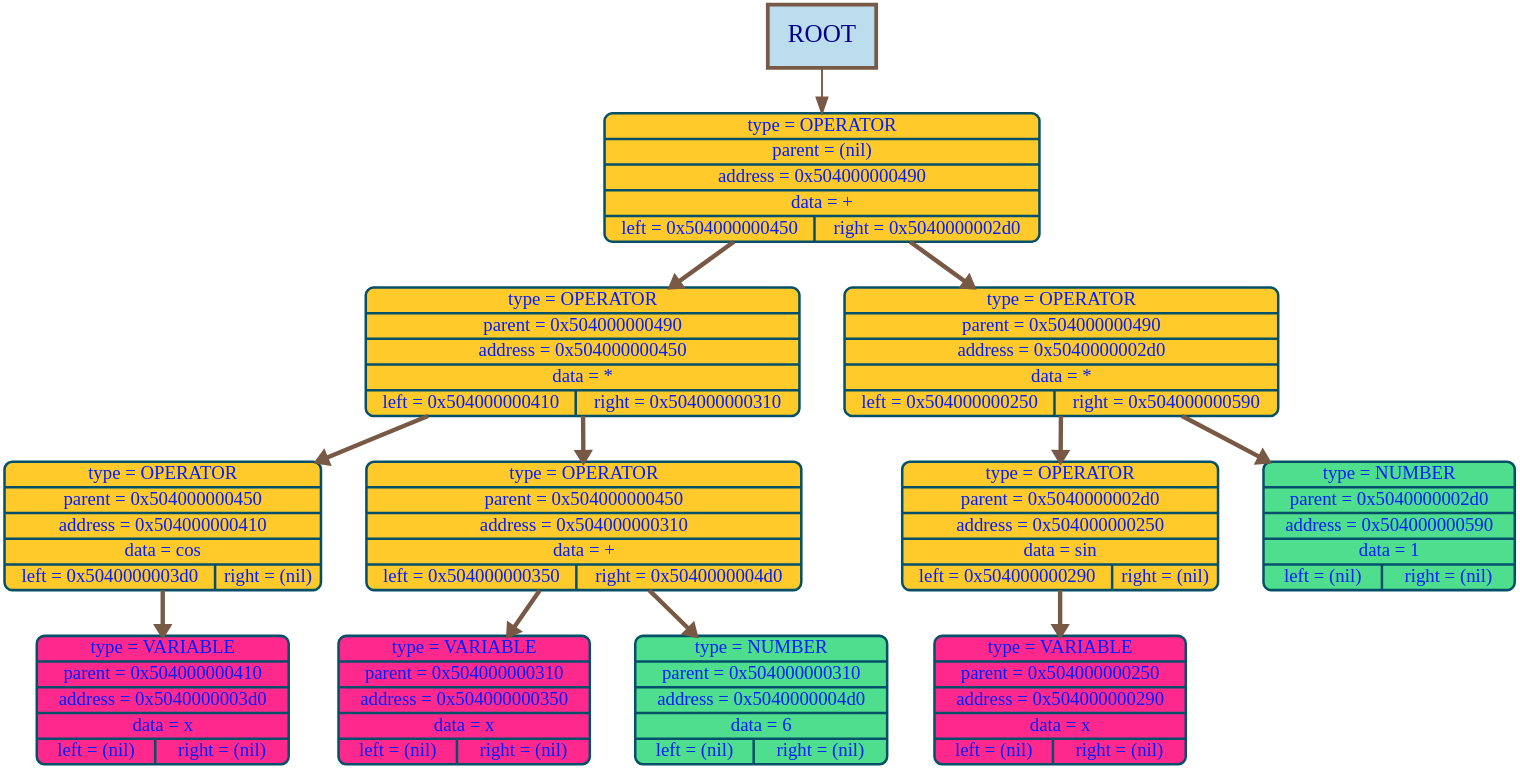
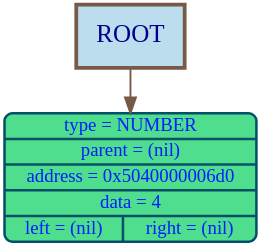
Before and after one commit to timoko3/diffirenciator: the diagram in graphDumps/graphDump.dot, drawn with Graphviz. The commit also changed 48 other files, not shown here.

```diff
--- a/graphDumps/graphDump.dot
+++ b/graphDumps/graphDump.dot
@@ -1,30 +1,10 @@
 digraph G {
 bgcolor="transparent"
 nodesep = 1;
 ranksep = 1
 	node [shape=Mrecord, style="filled", fillcolor="#70c07cff", fontcolor="#001effff", color="#035068ff", penwidth=4, fontname="Menlo", fontsize=30];
 
-	node1168 [label="{type = OPERATOR | parent = (nil) | address = 0x504000000490 | data = + | {left = 0x504000000450 | right = 0x5040000002d0}} ", fillcolor="#ffca2aff"];
-	node1104 [label="{type = OPERATOR | parent = 0x504000000490 | address = 0x504000000450 | data = * | {left = 0x504000000410 | right = 0x504000000310}} ", fillcolor="#ffca2aff"];
-	node1040 [label="{type = OPERATOR | parent = 0x504000000450 | address = 0x504000000410 | data = cos | {left = 0x5040000003d0 | right = (nil)}} ", fillcolor="#ffca2aff"];
-	node976 [label="{type = VARIABLE | parent = 0x504000000410 | address = 0x5040000003d0 | data = x | {left = (nil) | right = (nil)}} ", fillcolor="#ff298dff"];
-	node784 [label="{type = OPERATOR | parent = 0x504000000450 | address = 0x504000000310 | data = + | {left = 0x504000000350 | right = 0x5040000004d0}} ", fillcolor="#ffca2aff"];
-	node848 [label="{type = VARIABLE | parent = 0x504000000310 | address = 0x504000000350 | data = x | {left = (nil) | right = (nil)}} ", fillcolor="#ff298dff"];
-	node1232 [label="{type = NUMBER | parent = 0x504000000310 | address = 0x5040000004d0 | data = 6 | {left = (nil) | right = (nil)}} ", fillcolor="#4ede8dff"];
-	node720 [label="{type = OPERATOR | parent = 0x504000000490 | address = 0x5040000002d0 | data = * | {left = 0x504000000250 | right = 0x504000000590}} ", fillcolor="#ffca2aff"];
-	node592 [label="{type = OPERATOR | parent = 0x5040000002d0 | address = 0x504000000250 | data = sin | {left = 0x504000000290 | right = (nil)}} ", fillcolor="#ffca2aff"];
-	node656 [label="{type = VARIABLE | parent = 0x504000000250 | address = 0x504000000290 | data = x | {left = (nil) | right = (nil)}} ", fillcolor="#ff298dff"];
-	node1424 [label="{type = NUMBER | parent = 0x5040000002d0 | address = 0x504000000590 | data = 1 | {left = (nil) | right = (nil)}} ", fillcolor="#4ede8dff"];
-node1168 ->node1104 [color="#785946ff", arrowsize=1.5, penwidth=7, weight=1000];
-node1104 ->node1040 [color="#785946ff", arrowsize=1.5, penwidth=7, weight=1000];
-node1040 ->node976 [color="#785946ff", arrowsize=1.5, penwidth=7, weight=1000];
-node1104->node784 [color="#785946ff", arrowsize=1.5, penwidth=7, weight=1000];
-node784 ->node848 [color="#785946ff", arrowsize=1.5, penwidth=7, weight=1000];
-node784->node1232 [color="#785946ff", arrowsize=1.5, penwidth=7, weight=1000];
-node1168->node720 [color="#785946ff", arrowsize=1.5, penwidth=7, weight=1000];
-node720 ->node592 [color="#785946ff", arrowsize=1.5, penwidth=7, weight=1000];
-node592 ->node656 [color="#785946ff", arrowsize=1.5, penwidth=7, weight=1000];
-node720->node1424 [color="#785946ff", arrowsize=1.5, penwidth=7, weight=1000];
+	node1744 [label="{type = NUMBER | parent = (nil) | address = 0x5040000006d0 | data = 4 | {left = (nil) | right = (nil)}} ", fillcolor="#4ede8dff"];
 root_label [shape=box, width = 2.4, height = 1.4, label="ROOT", style="filled", fillcolor="#BBDDEE", color="#785946ff", penwidth = 6,  fontcolor="darkblue", fontsize = 40];
-root_label -> node1168 [color="#785946ff"  , arrowsize=2.5, penwidth=3];
+root_label -> node1744 [color="#785946ff"  , arrowsize=2.5, penwidth=3];
 }
```
